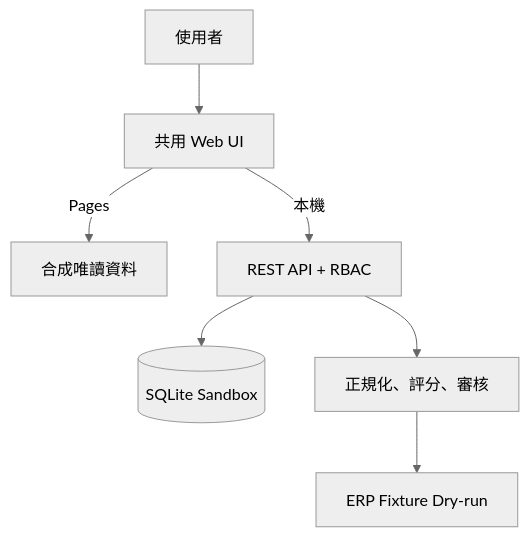
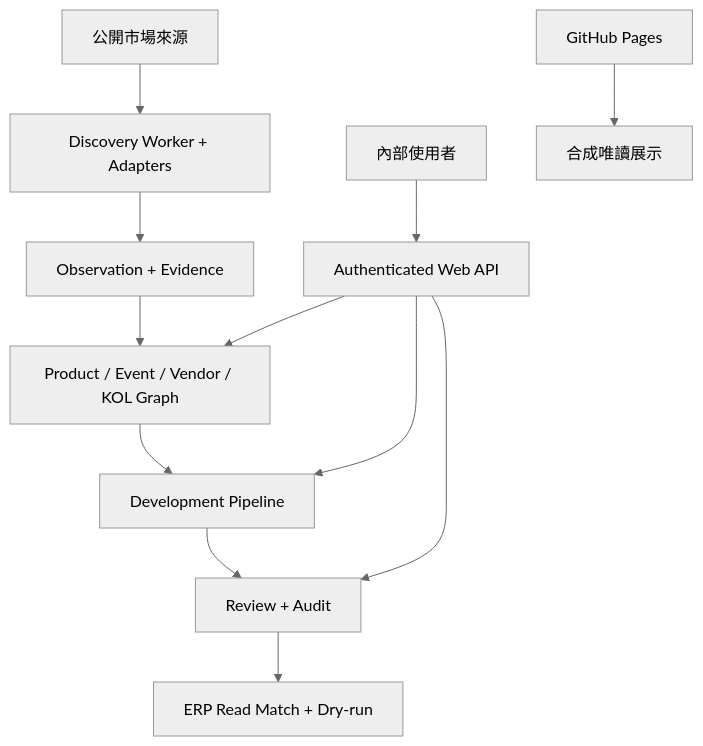
Before and after one commit to ws19135/group-buying-market-radar: the diagram in docs/SAD.md, drawn with Mermaid (neutral theme). The commit also changed other lines of this file and 16 other files, not shown here.

````diff
--- a/docs/SAD.md
+++ b/docs/SAD.md
@@ -10,9 +10,14 @@
 ```mermaid
 flowchart TB
-  U[使用者] --> F[共用 Web UI]
-  F -->|Pages| D[合成唯讀資料]
-  F -->|本機| A[REST API + RBAC]
-  A --> S[(SQLite Sandbox)]
-  A --> R[正規化、評分、審核]
-  R --> E[ERP Fixture Dry-run]
+  P[公開市場來源] --> W[Discovery Worker + Adapters]
+  W --> O[Observation + Evidence]
+  O --> G[Product / Event / Vendor / KOL Graph]
+  G --> L[Development Pipeline]
+  L --> R[Review + Audit]
+  R --> E[ERP Read Match + Dry-run]
+  U[內部使用者] --> A[Authenticated Web API]
+  A --> G
+  A --> L
+  A --> R
+  X[GitHub Pages] --> D[合成唯讀展示]
 ```
````
